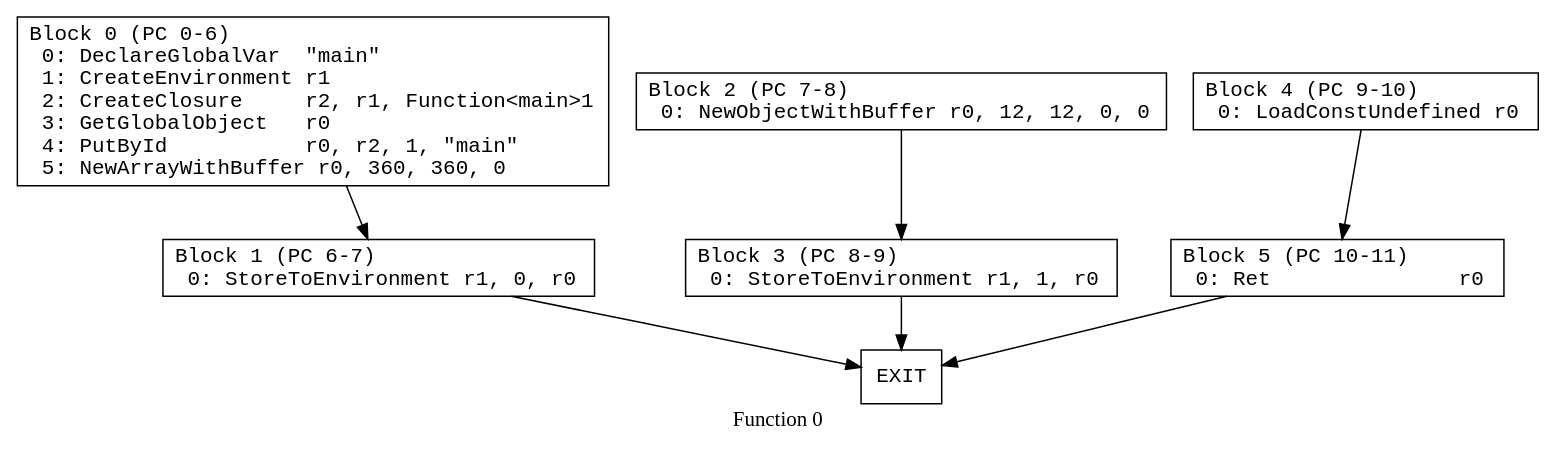
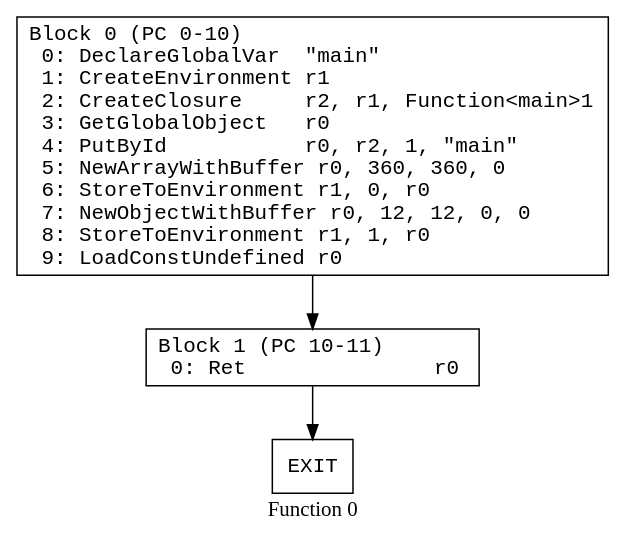
Before and after one commit to kroo/hermes-dec-rs: the diagram in data/individual_pdfs/array_constants_v96_function_0.dot, drawn with Graphviz. The commit also changed 78 other files, not shown here.

First line of the commit message:
Fix StoreToEnvironment instruction categorization bug

```diff
--- a/data/individual_pdfs/array_constants_v96_function_0.dot
+++ b/data/individual_pdfs/array_constants_v96_function_0.dot
@@ -1,26 +1,18 @@
 // Function 0 from array_constants_v96
 // Generated from data/array_constants_v96.dot
 
 digraph {
   rankdir=TB;
   node [shape=box, fontname="monospace"];
 
   label = "Function 0";
   style = filled;
   color = lightgrey;
 
-  f0_n0 [ label = "Block 0 (PC 0-6)\l  0: DeclareGlobalVar  \"main\"\l  1: CreateEnvironment r1\l  2: CreateClosure     r2, r1, Function<main>1\l  3: GetGlobalObject   r0\l  4: PutById           r0, r2, 1, \"main\"\l  5: NewArrayWithBuffer r0, 360, 360, 0\l" ]
-  f0_n1 [ label = "Block 1 (PC 6-7)\l  0: StoreToEnvironment r1, 0, r0\l" ]
-  f0_n2 [ label = "Block 2 (PC 7-8)\l  0: NewObjectWithBuffer r0, 12, 12, 0, 0\l" ]
-  f0_n3 [ label = "Block 3 (PC 8-9)\l  0: StoreToEnvironment r1, 1, r0\l" ]
-  f0_n4 [ label = "Block 4 (PC 9-10)\l  0: LoadConstUndefined r0\l" ]
-  f0_n5 [ label = "Block 5 (PC 10-11)\l  0: Ret               r0\l" ]
-  f0_n6 [ label = "EXIT" ]
+  f0_n0 [ label = "Block 0 (PC 0-10)\l  0: DeclareGlobalVar  \"main\"\l  1: CreateEnvironment r1\l  2: CreateClosure     r2, r1, Function<main>1\l  3: GetGlobalObject   r0\l  4: PutById           r0, r2, 1, \"main\"\l  5: NewArrayWithBuffer r0, 360, 360, 0\l  6: StoreToEnvironment r1, 0, r0\l  7: NewObjectWithBuffer r0, 12, 12, 0, 0\l  8: StoreToEnvironment r1, 1, r0\l  9: LoadConstUndefined r0\l" ]
+  f0_n1 [ label = "Block 1 (PC 10-11)\l  0: Ret               r0\l" ]
+  f0_n2 [ label = "EXIT" ]
 
   f0_n0 -> f0_n1
-  f0_n1 -> f0_n6
-  f0_n2 -> f0_n3
-  f0_n3 -> f0_n6
-  f0_n4 -> f0_n5
-  f0_n5 -> f0_n6
+  f0_n1 -> f0_n2
 }
```
